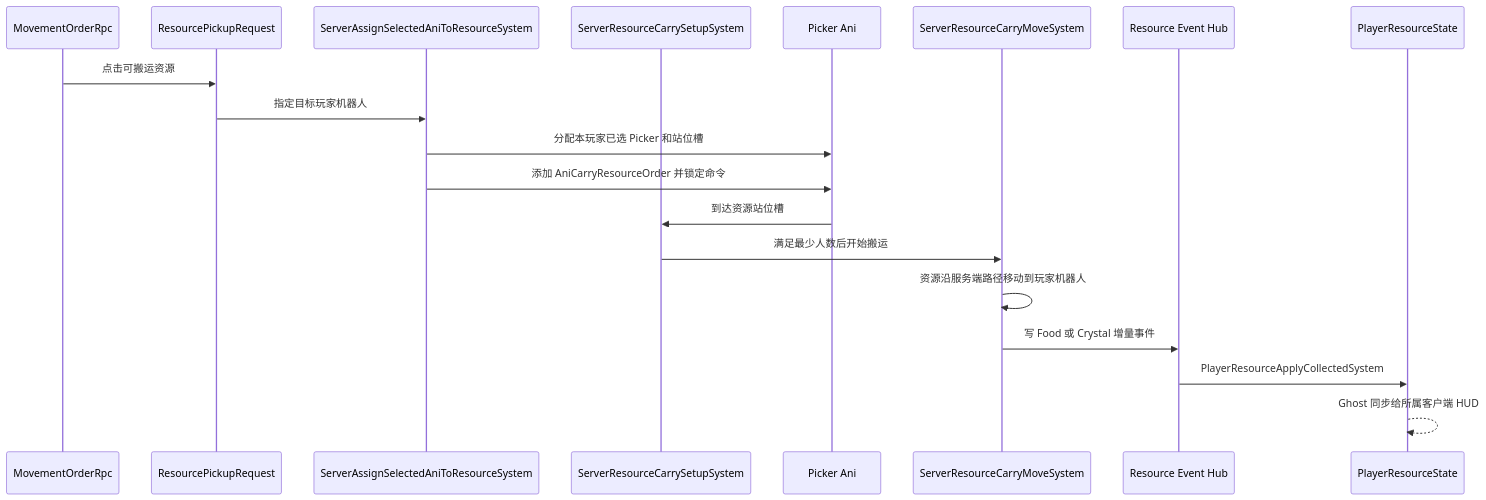
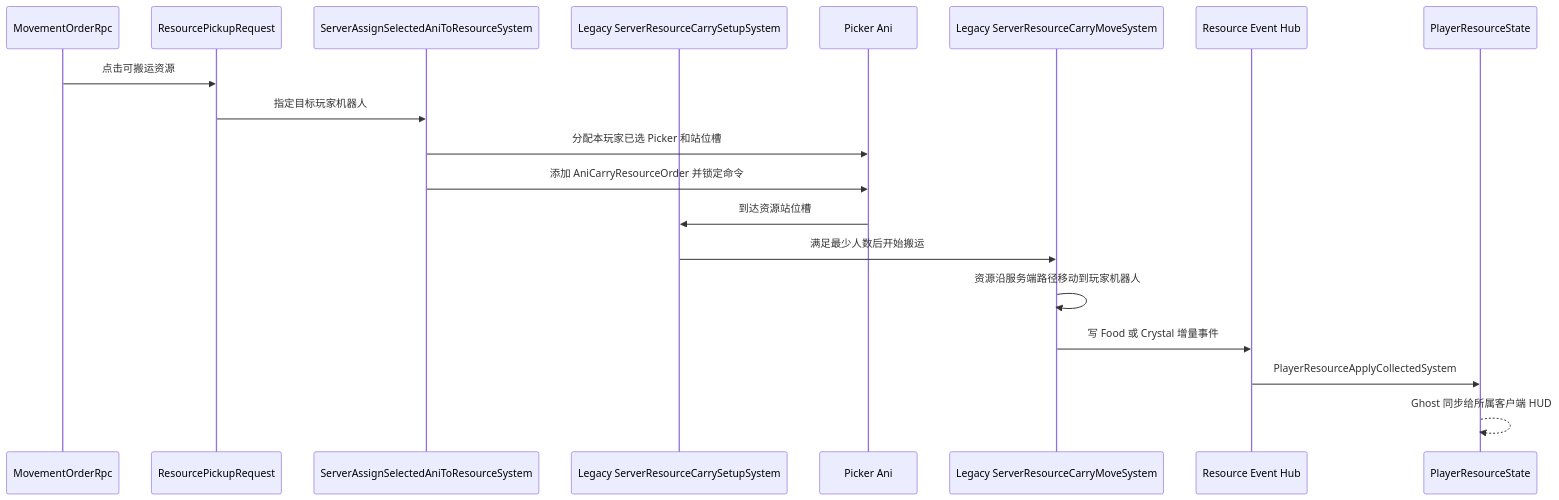
Before and after one commit to mcaswen/AnimarsCatcher: the fifth of 7 diagrams in docs/Architecture/05_GameplayFlows.md, drawn with Mermaid. The commit also changed other lines of this file and 155 other files, not shown here.

````diff
--- a/docs/Architecture/05_GameplayFlows.md
+++ b/docs/Architecture/05_GameplayFlows.md
@@ -143,22 +143,22 @@
 ```mermaid
 sequenceDiagram
     participant Order as MovementOrderRpc
     participant Request as ResourcePickupRequest
     participant Assign as ServerAssignSelectedAniToResourceSystem
-    participant Setup as ServerResourceCarrySetupSystem
+    participant Setup as Legacy ServerResourceCarrySetupSystem
     participant Picker as Picker Ani
-    participant Move as ServerResourceCarryMoveSystem
+    participant Move as Legacy ServerResourceCarryMoveSystem
     participant Hub as Resource Event Hub
     participant State as PlayerResourceState
 
     Order->>Request: 点击可搬运资源
     Request->>Assign: 指定目标玩家机器人
     Assign->>Picker: 分配本玩家已选 Picker 和站位槽
     Assign->>Picker: 添加 AniCarryResourceOrder 并锁定命令
     Picker->>Setup: 到达资源站位槽
     Setup->>Move: 满足最少人数后开始搬运
     Move->>Move: 资源沿服务端路径移动到玩家机器人
     Move->>Hub: 写 Food 或 Crystal 增量事件
     Hub->>State: PlayerResourceApplyCollectedSystem
     State-->>State: Ghost 同步给所属客户端 HUD
 ```
````
